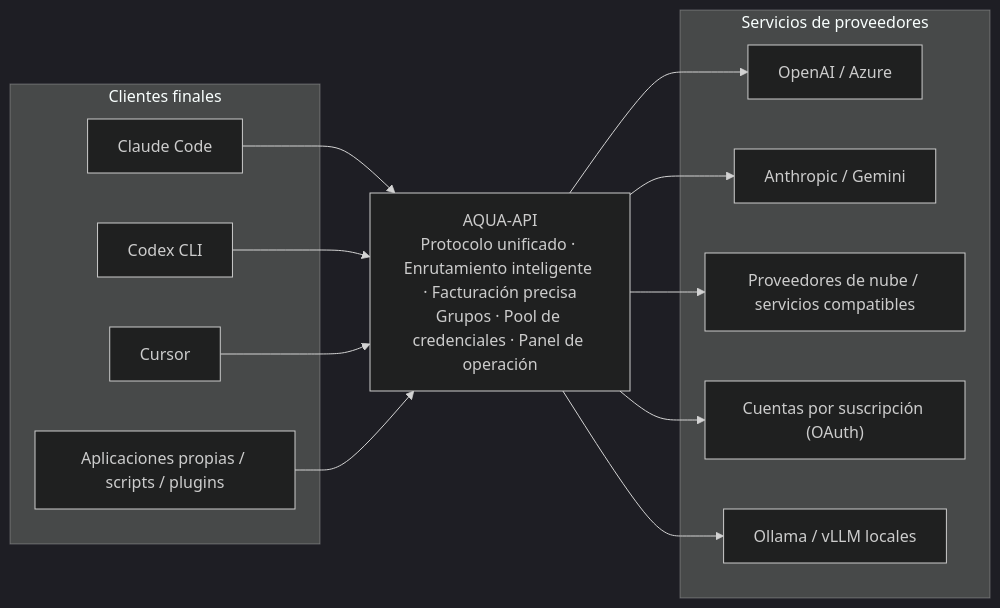
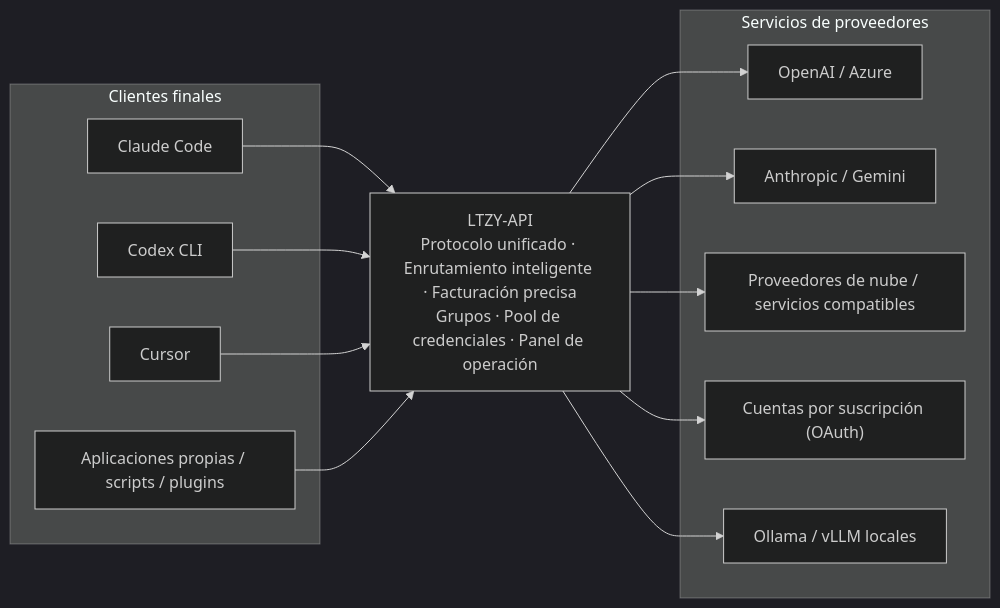
One commit to LTZY-ACU/AQUA-API changed the first of 5 diagrams in README.es.md. Above: the diagram before and after it, drawn with Mermaid (dark theme). The commit also changed other lines of this file and 312 other files, not shown here.

First line of the commit message:
合并上游 LTZY-API：品牌更名 + 他人 60 条提交

````diff
--- a/README.es.md
+++ b/README.es.md
@@ -117,29 +121,29 @@
 ```mermaid
 flowchart LR
     subgraph C["Clientes finales"]
         C1["Claude Code"]
         C2["Codex CLI"]
         C3["Cursor"]
         C4["Aplicaciones propias / scripts / plugins"]
     end
 
-    AQUA["AQUA-API<br/>Protocolo unificado · Enrutamiento inteligente · Facturación precisa<br/>Grupos · Pool de credenciales · Panel de operación"]
+    LTZY["LTZY-API<br/>Protocolo unificado · Enrutamiento inteligente · Facturación precisa<br/>Grupos · Pool de credenciales · Panel de operación"]
 
     subgraph U["Servicios de proveedores"]
         U1["OpenAI / Azure"]
         U2["Anthropic / Gemini"]
         U3["Proveedores de nube / servicios compatibles"]
         U4["Cuentas por suscripción (OAuth)"]
         U5["Ollama / vLLM locales"]
     end
 
-    C1 --> AQUA
-    C2 --> AQUA
-    C3 --> AQUA
-    C4 --> AQUA
-    AQUA --> U1
-    AQUA --> U2
-    AQUA --> U3
-    AQUA --> U4
-    AQUA --> U5
+    C1 --> LTZY
+    C2 --> LTZY
+    C3 --> LTZY
+    C4 --> LTZY
+    LTZY --> U1
+    LTZY --> U2
+    LTZY --> U3
+    LTZY --> U4
+    LTZY --> U5
 ```
````
